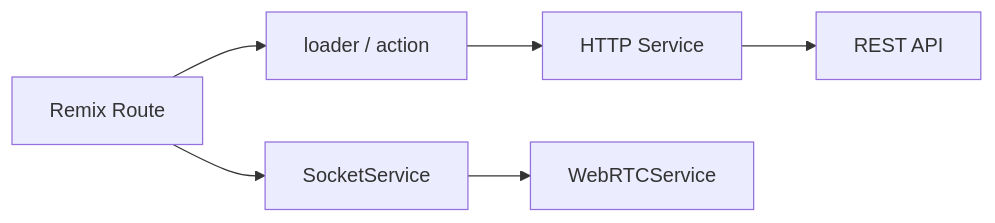
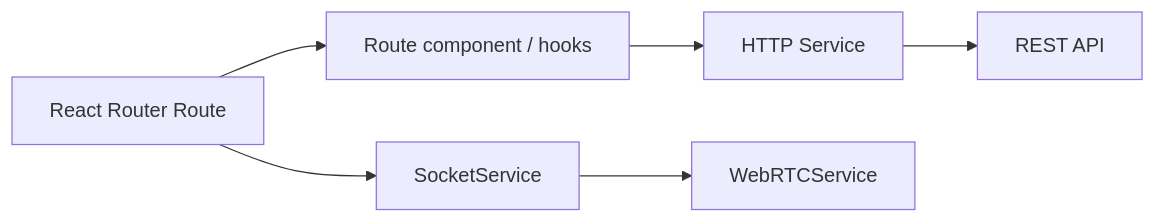
Before and after one commit to SoyManoolo/M12: the diagram in docs/frontend/README.md, drawn with Mermaid. The commit also changed other lines of this file and 2 other files, not shown here.

````diff
--- a/docs/frontend/README.md
+++ b/docs/frontend/README.md
@@ -24,25 +26,25 @@
 ```mermaid
 flowchart LR
 
-R["Remix Route"]
+R["React Router Route"]
 
-L["loader / action"]
+L["Route component / hooks"]
 
 S["HTTP Service"]
 
 API["REST API"]
 
 SOCKET["SocketService"]
 
 WEBRTC["WebRTCService"]
 
 R --> L
 
 L --> S
 
 S --> API
 
 R --> SOCKET
 
 SOCKET --> WEBRTC
 ```
````
